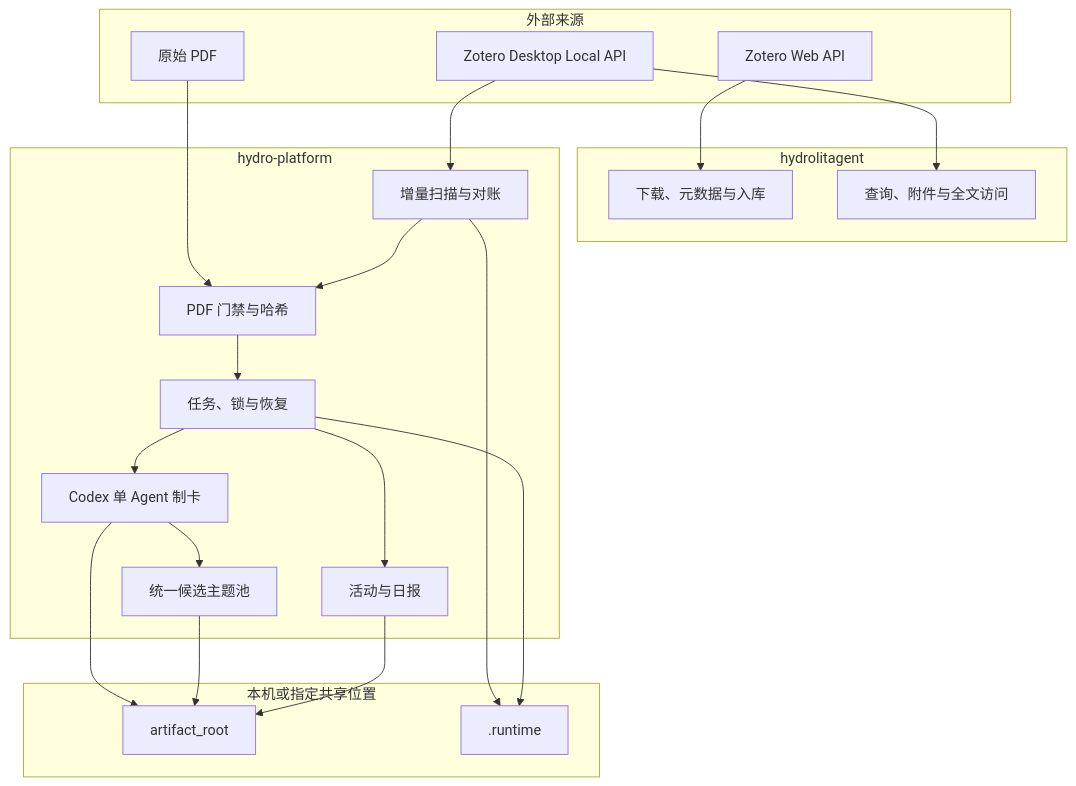
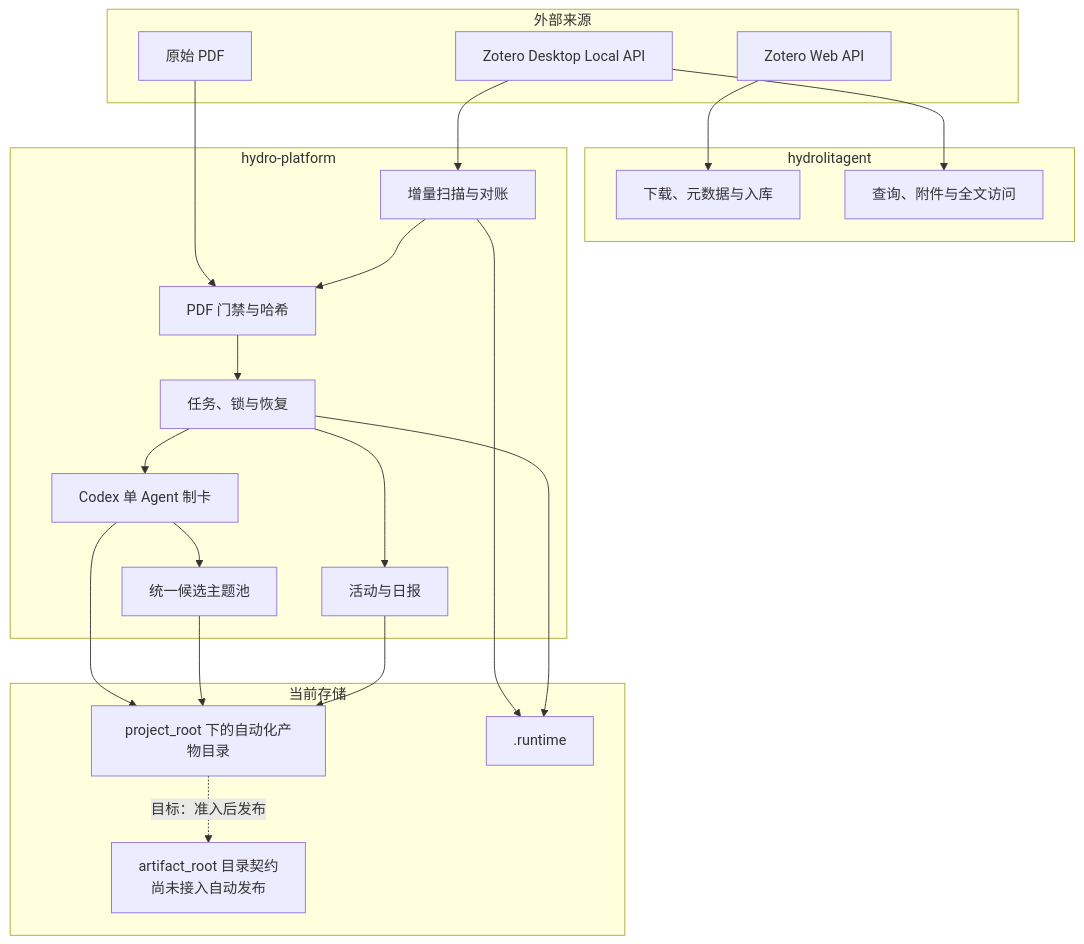
The diagram in docs/hydro-platform/architecture.md (iHeadWater/mylibrary), drawn with Mermaid before and after one commit. The commit also changed other lines of this file and 24 other files, not shown here.

````diff
--- a/docs/hydro-platform/architecture.md
+++ b/docs/hydro-platform/architecture.md
@@ -7,39 +7,41 @@
 ```mermaid
 flowchart TB
     subgraph Sources[外部来源]
         ZD[Zotero Desktop Local API]
         ZW[Zotero Web API]
         PDF[原始 PDF]
     end
 
     subgraph Toolkit[hydrolitagent]
         INGEST[下载、元数据与入库]
         QUERY[查询、附件与全文访问]
     end
 
     subgraph Platform[hydro-platform]
         SCAN[增量扫描与对账]
         GATE[PDF 门禁与哈希]
         TASKS[任务、锁与恢复]
         CARD[Codex 单 Agent 制卡]
         THEME[统一候选主题池]
         REPORT[活动与日报]
     end
 
-    subgraph Storage[本机或指定共享位置]
-        ARTIFACTS[artifact_root]
+    subgraph Storage[当前存储]
+        OUTPUTS[project_root 下的自动化产物目录]
+        ARTIFACTS[artifact_root 目录契约<br/>尚未接入自动发布]
         RUNTIME[.runtime]
     end
 
     ZW --> INGEST
     ZD --> QUERY
     ZD --> SCAN
     PDF --> GATE
     SCAN --> GATE --> TASKS --> CARD --> THEME
     TASKS --> REPORT
-    CARD --> ARTIFACTS
-    THEME --> ARTIFACTS
-    REPORT --> ARTIFACTS
+    CARD --> OUTPUTS
+    THEME --> OUTPUTS
+    REPORT --> OUTPUTS
+    OUTPUTS -. 目标：准入后发布 .-> ARTIFACTS
     SCAN --> RUNTIME
     TASKS --> RUNTIME
 ```
````
